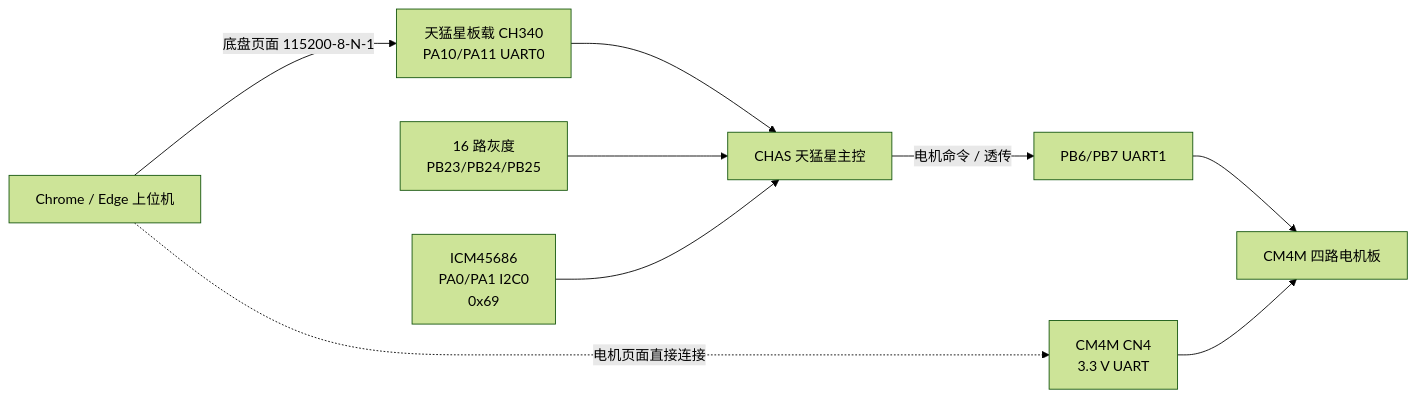
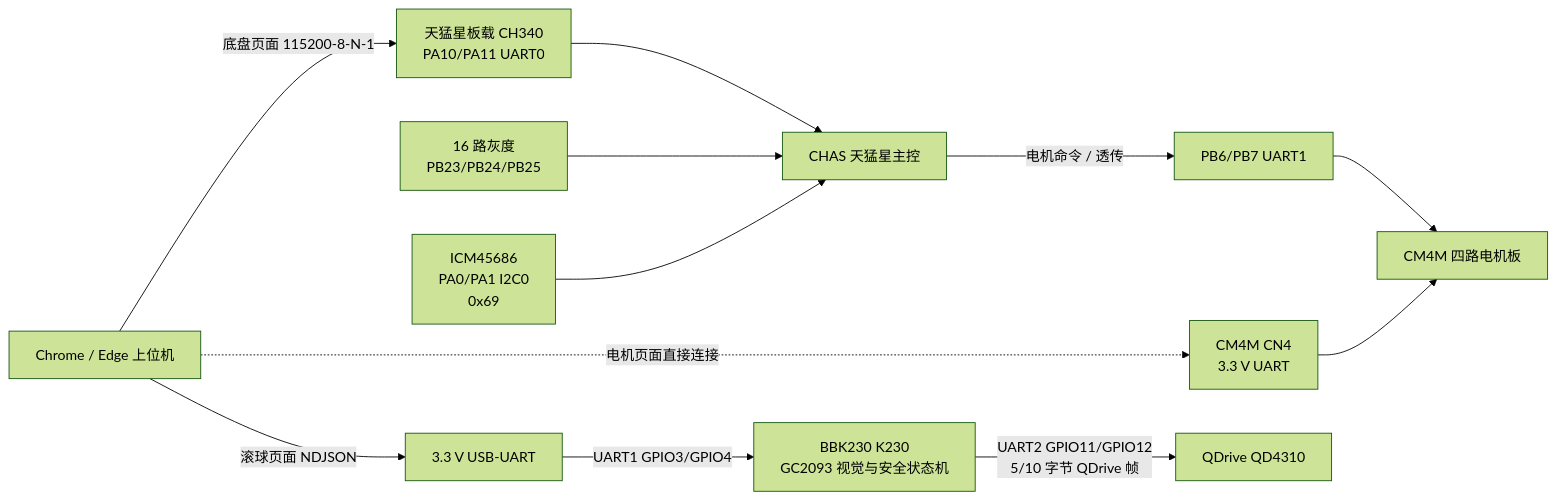
The diagram in docs/AGENT_DEVELOPMENT_GUIDE.md (StKooofw/m4-motor-console), drawn with Mermaid (forest theme) before and after one commit. The commit also changed other lines of this file and 14 other files, not shown here.

````diff
--- a/docs/AGENT_DEVELOPMENT_GUIDE.md
+++ b/docs/AGENT_DEVELOPMENT_GUIDE.md
@@ -84,17 +89,22 @@
 ```mermaid
 flowchart LR
     Browser["Chrome / Edge 上位机"]
     CH340["天猛星板载 CH340\nPA10/PA11 UART0"]
     CHAS["CHAS 天猛星主控"]
     Gray["16 路灰度\nPB23/PB24/PB25"]
     IMU["ICM45686\nPA0/PA1 I2C0\n0x69"]
     Link["PB6/PB7 UART1"]
     CM4M["CM4M 四路电机板"]
     CN4["CM4M CN4\n3.3 V UART"]
+    HostUART["3.3 V USB-UART"]
+    K230["BBK230 K230\nGC2093 视觉与安全状态机"]
+    QDrive["QDrive QD4310"]
 
     Browser -->|"底盘页面 115200-8-N-1"| CH340 --> CHAS
     Gray --> CHAS
     IMU --> CHAS
     CHAS -->|"电机命令 / 透传"| Link --> CM4M
     Browser -.->|"电机页面直接连接"| CN4 --> CM4M
+    Browser -->|"滚球页面 NDJSON"| HostUART -->|"UART1 GPIO3/GPIO4"| K230
+    K230 -->|"UART2 GPIO11/GPIO12\n5/10 字节 QDrive 帧"| QDrive
 ```
````
